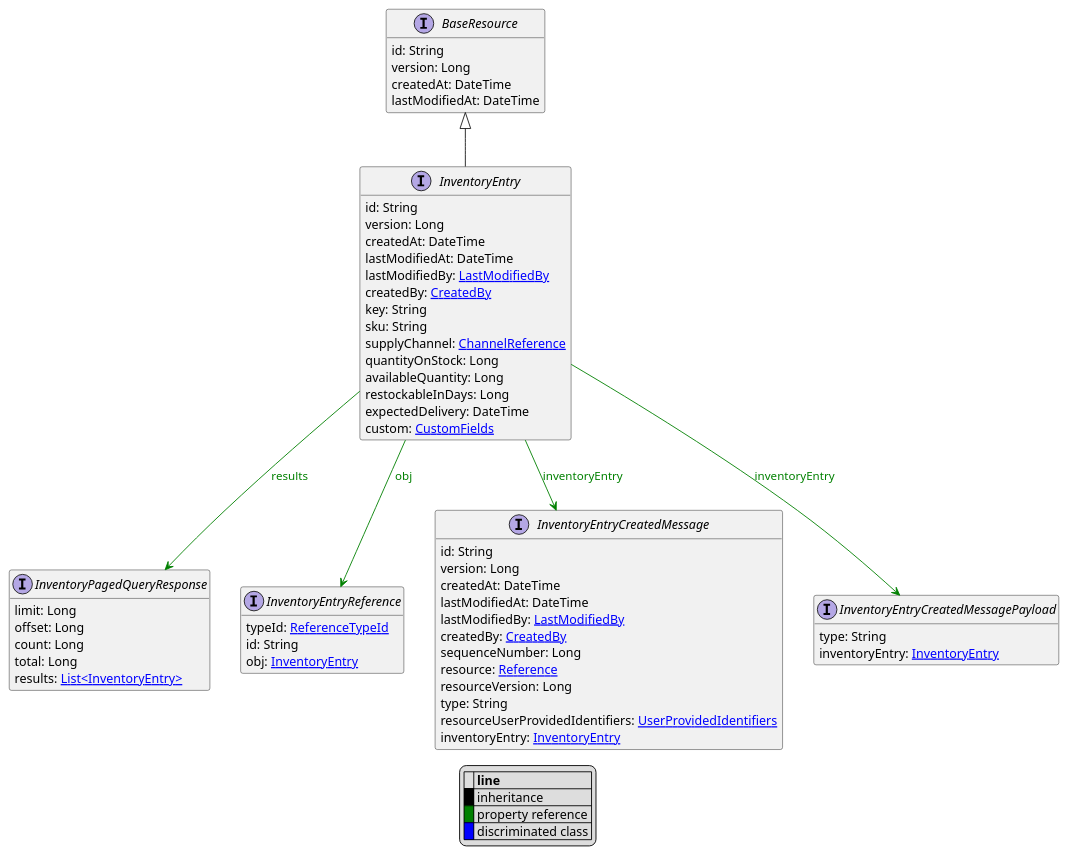
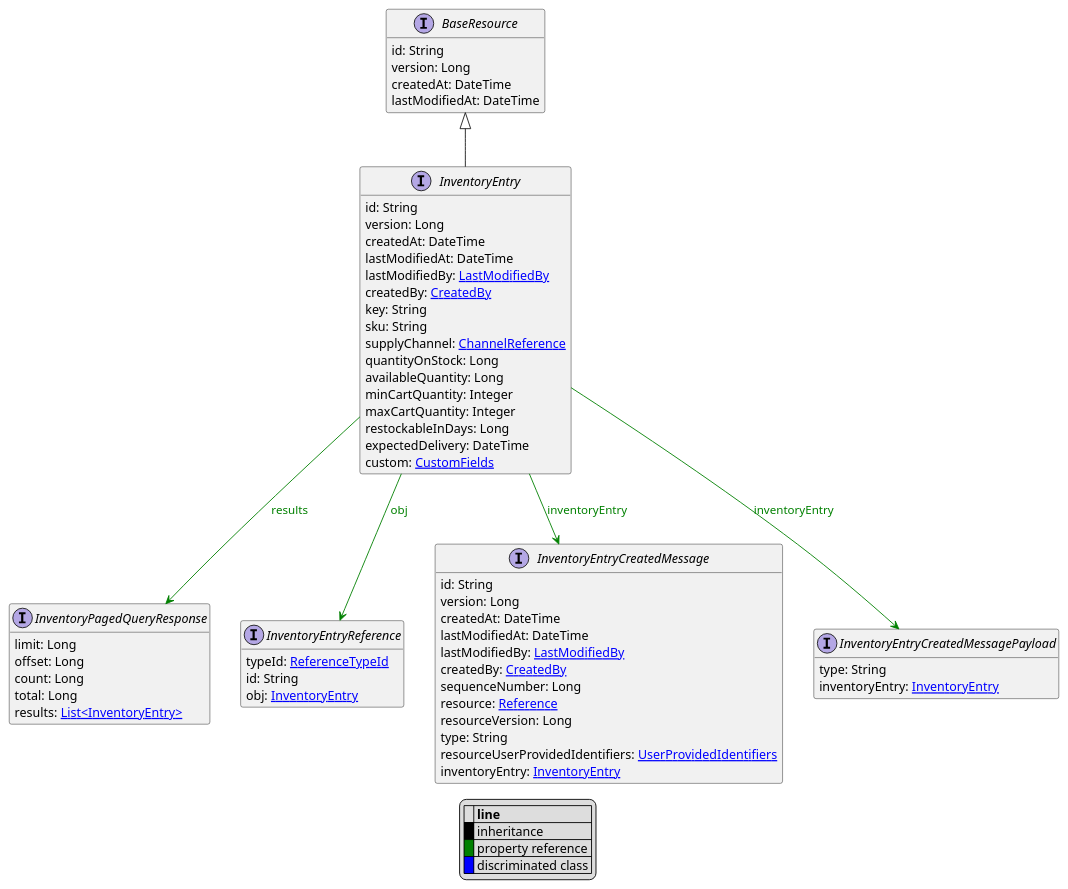
Before and after one commit to commercetools/commercetools-api-reference: the diagram in uml/api/InventoryEntry.puml, drawn with PlantUML. The commit also changed 25 other files, not shown here.

```diff
--- a/uml/api/InventoryEntry.puml
+++ b/uml/api/InventoryEntry.puml
@@ -1,70 +1,72 @@
 @startuml
 
 hide empty fields
 hide empty methods
 legend
 |= |= line |
 |<back:black>   </back>| inheritance |
 |<back:green>   </back>| property reference |
 |<back:blue>   </back>| discriminated class |
 endlegend
 interface InventoryEntry [[InventoryEntry.svg]] extends BaseResource {
     id: String
     version: Long
     createdAt: DateTime
     lastModifiedAt: DateTime
     lastModifiedBy: [[LastModifiedBy.svg LastModifiedBy]]
     createdBy: [[CreatedBy.svg CreatedBy]]
     key: String
     sku: String
     supplyChannel: [[ChannelReference.svg ChannelReference]]
     quantityOnStock: Long
     availableQuantity: Long
+    minCartQuantity: Integer
+    maxCartQuantity: Integer
     restockableInDays: Long
     expectedDelivery: DateTime
     custom: [[CustomFields.svg CustomFields]]
 }
 interface BaseResource [[BaseResource.svg]]  {
     id: String
     version: Long
     createdAt: DateTime
     lastModifiedAt: DateTime
 }
 
 
 interface InventoryPagedQueryResponse [[InventoryPagedQueryResponse.svg]]  {
     limit: Long
     offset: Long
     count: Long
     total: Long
     results: [[InventoryEntry.svg List<InventoryEntry>]]
 }
 interface InventoryEntryReference [[InventoryEntryReference.svg]]  {
     typeId: [[ReferenceTypeId.svg ReferenceTypeId]]
     id: String
     obj: [[InventoryEntry.svg InventoryEntry]]
 }
 interface InventoryEntryCreatedMessage [[InventoryEntryCreatedMessage.svg]]  {
     id: String
     version: Long
     createdAt: DateTime
     lastModifiedAt: DateTime
     lastModifiedBy: [[LastModifiedBy.svg LastModifiedBy]]
     createdBy: [[CreatedBy.svg CreatedBy]]
     sequenceNumber: Long
     resource: [[Reference.svg Reference]]
     resourceVersion: Long
     type: String
     resourceUserProvidedIdentifiers: [[UserProvidedIdentifiers.svg UserProvidedIdentifiers]]
     inventoryEntry: [[InventoryEntry.svg InventoryEntry]]
 }
 interface InventoryEntryCreatedMessagePayload [[InventoryEntryCreatedMessagePayload.svg]]  {
     type: String
     inventoryEntry: [[InventoryEntry.svg InventoryEntry]]
 }
 
 InventoryEntry --> InventoryPagedQueryResponse #green;text:green : "results"
 InventoryEntry --> InventoryEntryReference #green;text:green : "obj"
 InventoryEntry --> InventoryEntryCreatedMessage #green;text:green : "inventoryEntry"
 InventoryEntry --> InventoryEntryCreatedMessagePayload #green;text:green : "inventoryEntry"
 @enduml
```
